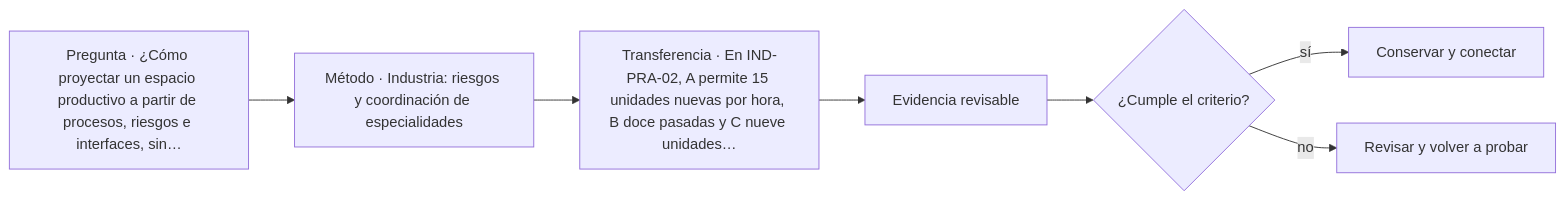
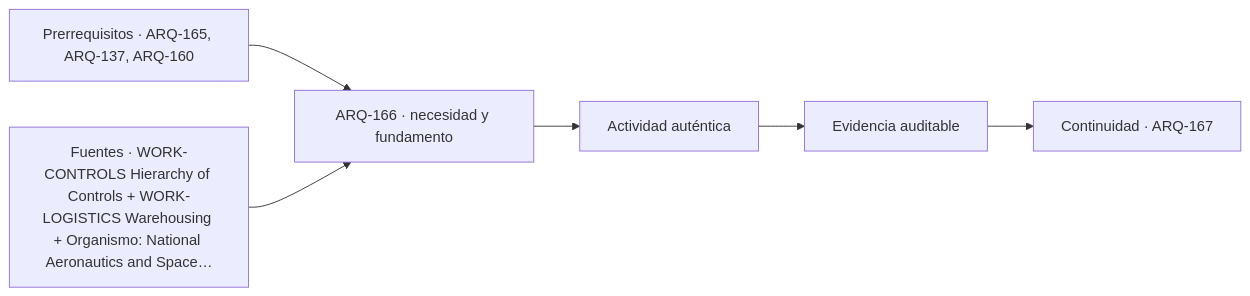
The diagram in classes/parte-17/ARQ-166.md (vladimiracunadev-create/architecture-built-environment-learning-program), drawn with Mermaid before and after one commit. The commit also changed other lines of this file and 761 other files, not shown here.

````diff
--- a/classes/parte-17/ARQ-166.md
+++ b/classes/parte-17/ARQ-166.md
@@ -106,9 +118,8 @@
 ```mermaid
 flowchart LR
-    Q["Pregunta · ¿Cómo proyectar un espacio productivo a partir de procesos, riesgos e interfaces, sin…"] --> M["Método · Industria: riesgos y coordinación de especialidades"]
-    M --> P["Transferencia · En IND-PRA-02, A permite 15 unidades nuevas por hora, B doce pasadas y C nueve unidades…"]
-    P --> E["Evidencia revisable"]
-    E --> C{"¿Cumple el criterio?"}
-    C -->|sí| T["Conservar y conectar"]
-    C -->|no| R["Revisar y volver a probar"]
+    A["Prerrequisitos · ARQ-165, ARQ-137, ARQ-160"] --> B["ARQ-166 · necesidad y fundamento"]
+    S["Fuentes · WORK-CONTROLS Hierarchy of Controls + WORK-LOGISTICS Warehousing + Organismo: National Aeronautics and Space…"] --> B
+    B --> C["Actividad auténtica"]
+    C --> D["Evidencia auditable"]
+    D --> E["Continuidad · ARQ-167"]
 ```
````
